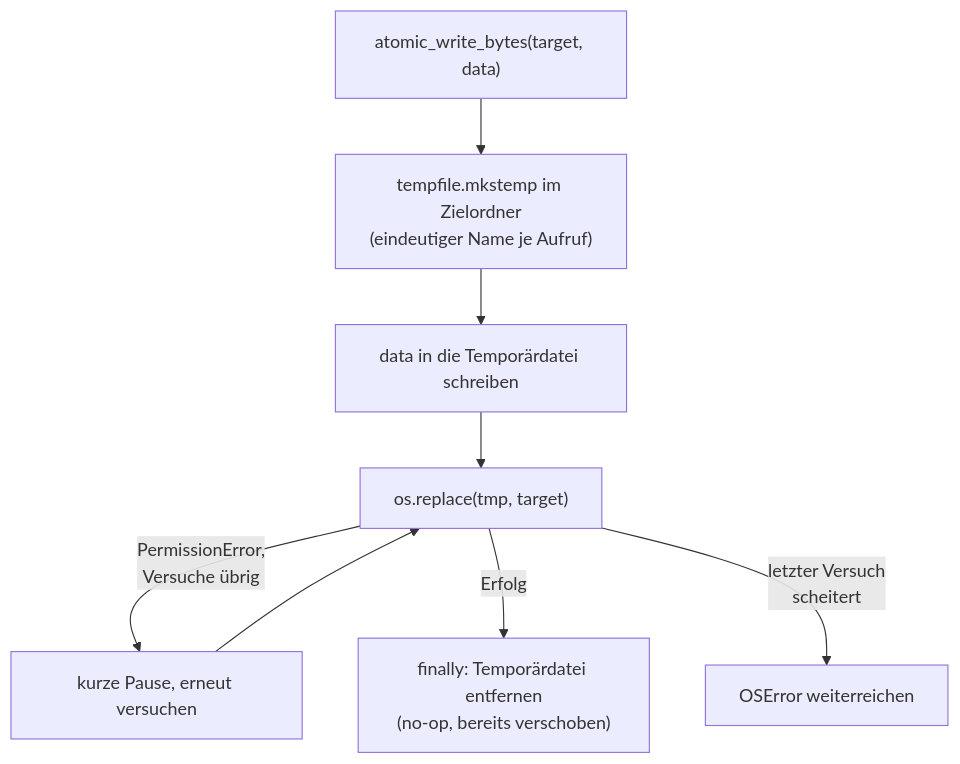
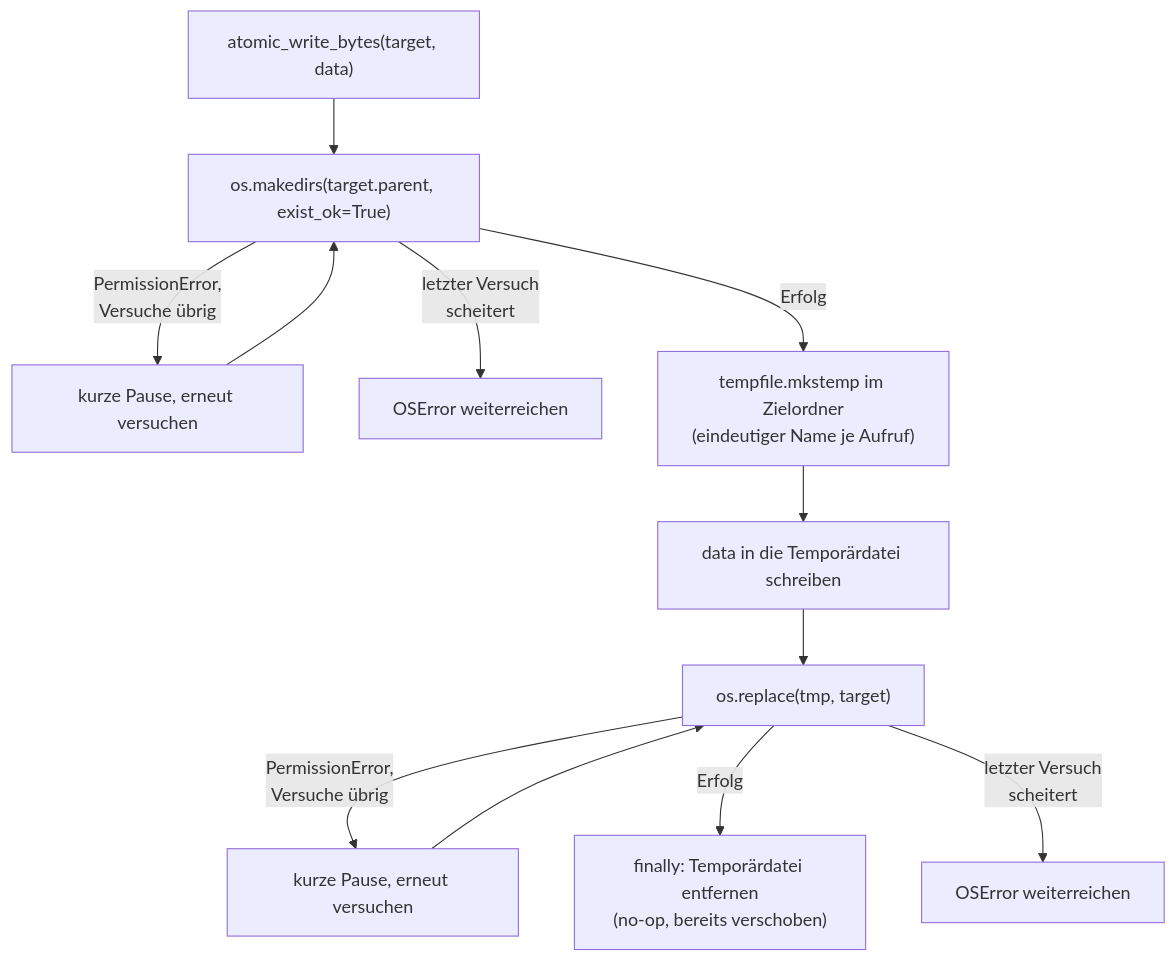
Before and after one commit to MomoEngineer/research-graphrag: the first of 2 diagrams in src/research_graphrag/doc/atomic_write.md, drawn with Mermaid. The commit also changed other lines of this file and 10 other files, not shown here.

First line of the commit message:
Refactor atomic write functionality to include parent directory creation with retry logic

````diff
--- a/src/research_graphrag/doc/atomic_write.md
+++ b/src/research_graphrag/doc/atomic_write.md
@@ -29,10 +29,14 @@
 ```mermaid
 flowchart TD
-    A["atomic_write_bytes(target, data)"] --> B["tempfile.mkstemp im Zielordner<br/>(eindeutiger Name je Aufruf)"]
+    Z["atomic_write_bytes(target, data)"] --> A["os.makedirs(target.parent, exist_ok=True)"]
+    A -- PermissionError,<br/>Versuche übrig --> A2["kurze Pause, erneut versuchen"]
+    A2 --> A
+    A -- letzter Versuch<br/>scheitert --> G2["OSError weiterreichen"]
+    A -- Erfolg --> B["tempfile.mkstemp im Zielordner<br/>(eindeutiger Name je Aufruf)"]
     B --> C["data in die Temporärdatei schreiben"]
     C --> D["os.replace(tmp, target)"]
     D -- PermissionError,<br/>Versuche übrig --> E["kurze Pause, erneut versuchen"]
     E --> D
     D -- Erfolg --> F["finally: Temporärdatei entfernen<br/>(no-op, bereits verschoben)"]
     D -- letzter Versuch<br/>scheitert --> G["OSError weiterreichen"]
 ```
````
